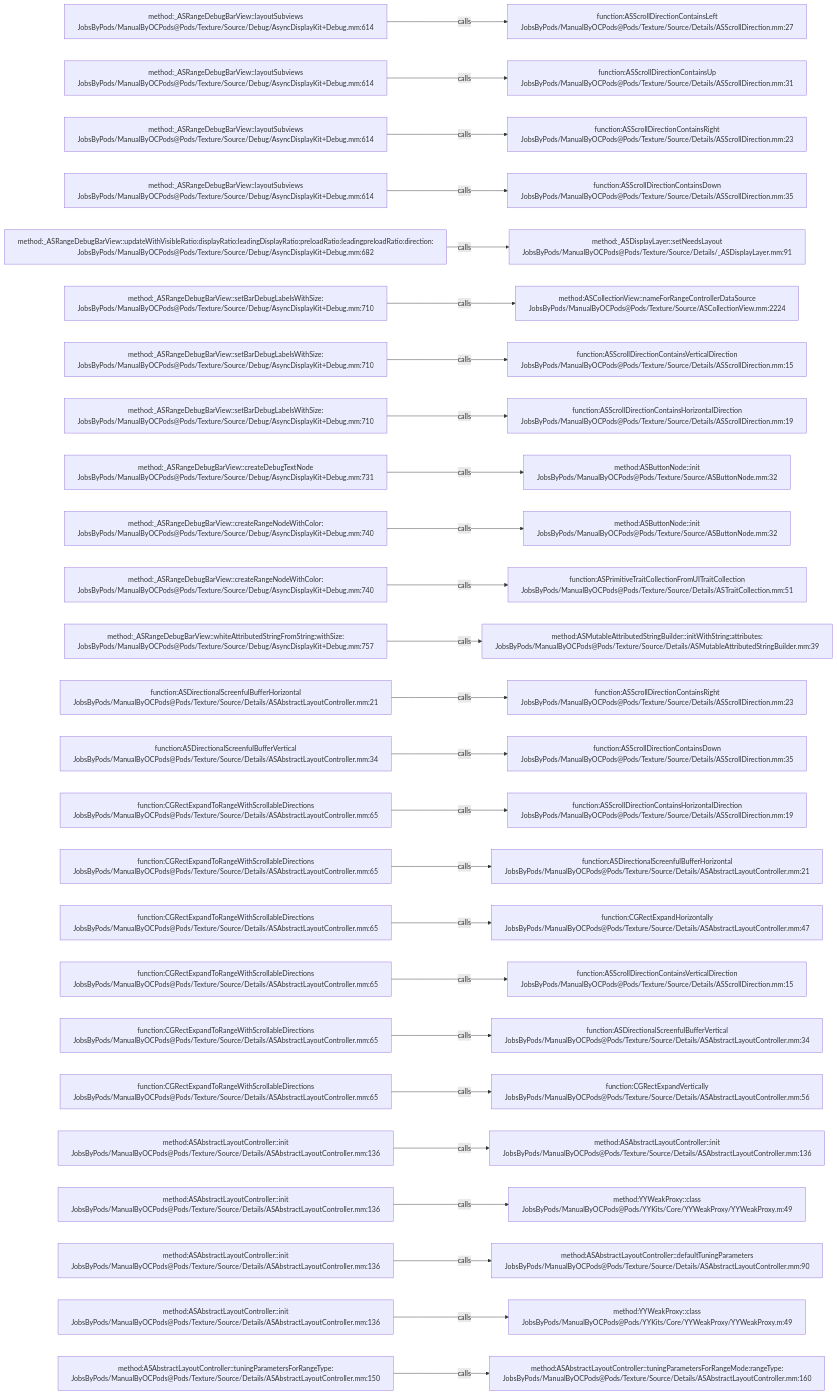
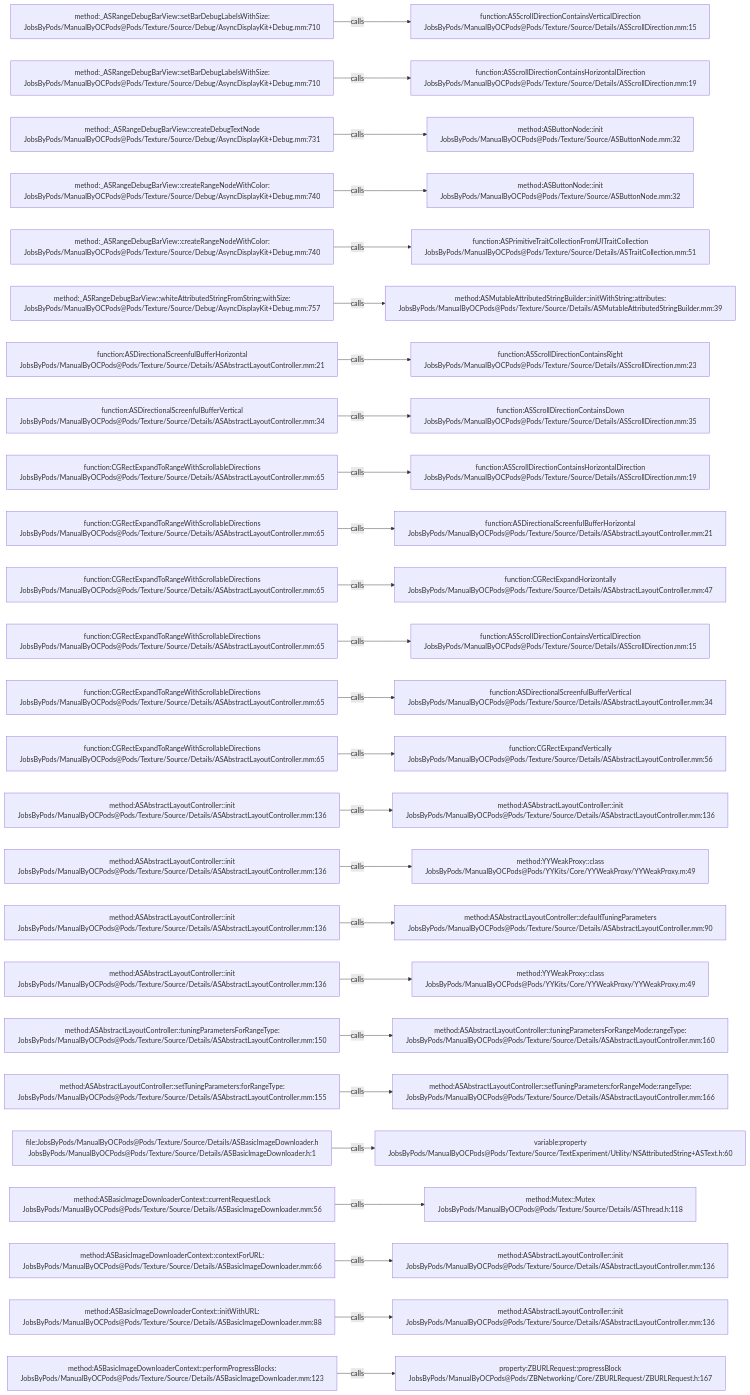
One commit to JobsKits/JobsOCBaseConfigDemo changed the diagram in .codegraph/codegraph.md/graphs/calls-142.md. Above: the diagram before and after it, drawn with Mermaid. The commit also changed 666 other files, not shown here.

````diff
--- a/.codegraph/codegraph.md/graphs/calls-142.md
+++ b/.codegraph/codegraph.md/graphs/calls-142.md
@@ -13,78 +13,78 @@
 ```mermaid
 flowchart LR
-  S1["method:_ASRangeDebugBarView::layoutSubviews<br/>JobsByPods/ManualByOCPods@Pods/Texture/Source/Debug/AsyncDisplayKit+Debug.mm:614"]
-  T1["function:ASScrollDirectionContainsLeft<br/>JobsByPods/ManualByOCPods@Pods/Texture/Source/Details/ASScrollDirection.mm:27"]
+  S1["method:_ASRangeDebugBarView::setBarDebugLabelsWithSize:<br/>JobsByPods/ManualByOCPods@Pods/Texture/Source/Debug/AsyncDisplayKit+Debug.mm:710"]
+  T1["function:ASScrollDirectionContainsVerticalDirection<br/>JobsByPods/ManualByOCPods@Pods/Texture/Source/Details/ASScrollDirection.mm:15"]
   S1 -->|calls| T1
-  S2["method:_ASRangeDebugBarView::layoutSubviews<br/>JobsByPods/ManualByOCPods@Pods/Texture/Source/Debug/AsyncDisplayKit+Debug.mm:614"]
-  T2["function:ASScrollDirectionContainsUp<br/>JobsByPods/ManualByOCPods@Pods/Texture/Source/Details/ASScrollDirection.mm:31"]
+  S2["method:_ASRangeDebugBarView::setBarDebugLabelsWithSize:<br/>JobsByPods/ManualByOCPods@Pods/Texture/Source/Debug/AsyncDisplayKit+Debug.mm:710"]
+  T2["function:ASScrollDirectionContainsHorizontalDirection<br/>JobsByPods/ManualByOCPods@Pods/Texture/Source/Details/ASScrollDirection.mm:19"]
   S2 -->|calls| T2
-  S3["method:_ASRangeDebugBarView::layoutSubviews<br/>JobsByPods/ManualByOCPods@Pods/Texture/Source/Debug/AsyncDisplayKit+Debug.mm:614"]
-  T3["function:ASScrollDirectionContainsRight<br/>JobsByPods/ManualByOCPods@Pods/Texture/Source/Details/ASScrollDirection.mm:23"]
+  S3["method:_ASRangeDebugBarView::createDebugTextNode<br/>JobsByPods/ManualByOCPods@Pods/Texture/Source/Debug/AsyncDisplayKit+Debug.mm:731"]
+  T3["method:ASButtonNode::init<br/>JobsByPods/ManualByOCPods@Pods/Texture/Source/ASButtonNode.mm:32"]
   S3 -->|calls| T3
-  S4["method:_ASRangeDebugBarView::layoutSubviews<br/>JobsByPods/ManualByOCPods@Pods/Texture/Source/Debug/AsyncDisplayKit+Debug.mm:614"]
-  T4["function:ASScrollDirectionContainsDown<br/>JobsByPods/ManualByOCPods@Pods/Texture/Source/Details/ASScrollDirection.mm:35"]
+  S4["method:_ASRangeDebugBarView::createRangeNodeWithColor:<br/>JobsByPods/ManualByOCPods@Pods/Texture/Source/Debug/AsyncDisplayKit+Debug.mm:740"]
+  T4["method:ASButtonNode::init<br/>JobsByPods/ManualByOCPods@Pods/Texture/Source/ASButtonNode.mm:32"]
   S4 -->|calls| T4
-  S5["method:_ASRangeDebugBarView::updateWithVisibleRatio:displayRatio:leadingDisplayRatio:preloadRatio:leadingpreloadRatio:direction:<br/>JobsByPods/ManualByOCPods@Pods/Texture/Source/Debug/AsyncDisplayKit+Debug.mm:682"]
-  T5["method:_ASDisplayLayer::setNeedsLayout<br/>JobsByPods/ManualByOCPods@Pods/Texture/Source/Details/_ASDisplayLayer.mm:91"]
+  S5["method:_ASRangeDebugBarView::createRangeNodeWithColor:<br/>JobsByPods/ManualByOCPods@Pods/Texture/Source/Debug/AsyncDisplayKit+Debug.mm:740"]
+  T5["function:ASPrimitiveTraitCollectionFromUITraitCollection<br/>JobsByPods/ManualByOCPods@Pods/Texture/Source/Details/ASTraitCollection.mm:51"]
   S5 -->|calls| T5
-  S6["method:_ASRangeDebugBarView::setBarDebugLabelsWithSize:<br/>JobsByPods/ManualByOCPods@Pods/Texture/Source/Debug/AsyncDisplayKit+Debug.mm:710"]
-  T6["method:ASCollectionView::nameForRangeControllerDataSource<br/>JobsByPods/ManualByOCPods@Pods/Texture/Source/ASCollectionView.mm:2224"]
+  S6["method:_ASRangeDebugBarView::whiteAttributedStringFromString:withSize:<br/>JobsByPods/ManualByOCPods@Pods/Texture/Source/Debug/AsyncDisplayKit+Debug.mm:757"]
+  T6["method:ASMutableAttributedStringBuilder::initWithString:attributes:<br/>JobsByPods/ManualByOCPods@Pods/Texture/Source/Details/ASMutableAttributedStringBuilder.mm:39"]
   S6 -->|calls| T6
-  S7["method:_ASRangeDebugBarView::setBarDebugLabelsWithSize:<br/>JobsByPods/ManualByOCPods@Pods/Texture/Source/Debug/AsyncDisplayKit+Debug.mm:710"]
-  T7["function:ASScrollDirectionContainsVerticalDirection<br/>JobsByPods/ManualByOCPods@Pods/Texture/Source/Details/ASScrollDirection.mm:15"]
+  S7["function:ASDirectionalScreenfulBufferHorizontal<br/>JobsByPods/ManualByOCPods@Pods/Texture/Source/Details/ASAbstractLayoutController.mm:21"]
+  T7["function:ASScrollDirectionContainsRight<br/>JobsByPods/ManualByOCPods@Pods/Texture/Source/Details/ASScrollDirection.mm:23"]
   S7 -->|calls| T7
-  S8["method:_ASRangeDebugBarView::setBarDebugLabelsWithSize:<br/>JobsByPods/ManualByOCPods@Pods/Texture/Source/Debug/AsyncDisplayKit+Debug.mm:710"]
-  T8["function:ASScrollDirectionContainsHorizontalDirection<br/>JobsByPods/ManualByOCPods@Pods/Texture/Source/Details/ASScrollDirection.mm:19"]
+  S8["function:ASDirectionalScreenfulBufferVertical<br/>JobsByPods/ManualByOCPods@Pods/Texture/Source/Details/ASAbstractLayoutController.mm:34"]
+  T8["function:ASScrollDirectionContainsDown<br/>JobsByPods/ManualByOCPods@Pods/Texture/Source/Details/ASScrollDirection.mm:35"]
   S8 -->|calls| T8
-  S9["method:_ASRangeDebugBarView::createDebugTextNode<br/>JobsByPods/ManualByOCPods@Pods/Texture/Source/Debug/AsyncDisplayKit+Debug.mm:731"]
-  T9["method:ASButtonNode::init<br/>JobsByPods/ManualByOCPods@Pods/Texture/Source/ASButtonNode.mm:32"]
+  S9["function:CGRectExpandToRangeWithScrollableDirections<br/>JobsByPods/ManualByOCPods@Pods/Texture/Source/Details/ASAbstractLayoutController.mm:65"]
+  T9["function:ASScrollDirectionContainsHorizontalDirection<br/>JobsByPods/ManualByOCPods@Pods/Texture/Source/Details/ASScrollDirection.mm:19"]
   S9 -->|calls| T9
-  S10["method:_ASRangeDebugBarView::createRangeNodeWithColor:<br/>JobsByPods/ManualByOCPods@Pods/Texture/Source/Debug/AsyncDisplayKit+Debug.mm:740"]
-  T10["method:ASButtonNode::init<br/>JobsByPods/ManualByOCPods@Pods/Texture/Source/ASButtonNode.mm:32"]
+  S10["function:CGRectExpandToRangeWithScrollableDirections<br/>JobsByPods/ManualByOCPods@Pods/Texture/Source/Details/ASAbstractLayoutController.mm:65"]
+  T10["function:ASDirectionalScreenfulBufferHorizontal<br/>JobsByPods/ManualByOCPods@Pods/Texture/Source/Details/ASAbstractLayoutController.mm:21"]
   S10 -->|calls| T10
-  S11["method:_ASRangeDebugBarView::createRangeNodeWithColor:<br/>JobsByPods/ManualByOCPods@Pods/Texture/Source/Debug/AsyncDisplayKit+Debug.mm:740"]
-  T11["function:ASPrimitiveTraitCollectionFromUITraitCollection<br/>JobsByPods/ManualByOCPods@Pods/Texture/Source/Details/ASTraitCollection.mm:51"]
+  S11["function:CGRectExpandToRangeWithScrollableDirections<br/>JobsByPods/ManualByOCPods@Pods/Texture/Source/Details/ASAbstractLayoutController.mm:65"]
+  T11["function:CGRectExpandHorizontally<br/>JobsByPods/ManualByOCPods@Pods/Texture/Source/Details/ASAbstractLayoutController.mm:47"]
   S11 -->|calls| T11
-  S12["method:_ASRangeDebugBarView::whiteAttributedStringFromString:withSize:<br/>JobsByPods/ManualByOCPods@Pods/Texture/Source/Debug/AsyncDisplayKit+Debug.mm:757"]
-  T12["method:ASMutableAttributedStringBuilder::initWithString:attributes:<br/>JobsByPods/ManualByOCPods@Pods/Texture/Source/Details/ASMutableAttributedStringBuilder.mm:39"]
+  S12["function:CGRectExpandToRangeWithScrollableDirections<br/>JobsByPods/ManualByOCPods@Pods/Texture/Source/Details/ASAbstractLayoutController.mm:65"]
+  T12["function:ASScrollDirectionContainsVerticalDirection<br/>JobsByPods/ManualByOCPods@Pods/Texture/Source/Details/ASScrollDirection.mm:15"]
   S12 -->|calls| T12
-  S13["function:ASDirectionalScreenfulBufferHorizontal<br/>JobsByPods/ManualByOCPods@Pods/Texture/Source/Details/ASAbstractLayoutController.mm:21"]
-  T13["function:ASScrollDirectionContainsRight<br/>JobsByPods/ManualByOCPods@Pods/Texture/Source/Details/ASScrollDirection.mm:23"]
+  S13["function:CGRectExpandToRangeWithScrollableDirections<br/>JobsByPods/ManualByOCPods@Pods/Texture/Source/Details/ASAbstractLayoutController.mm:65"]
+  T13["function:ASDirectionalScreenfulBufferVertical<br/>JobsByPods/ManualByOCPods@Pods/Texture/Source/Details/ASAbstractLayoutController.mm:34"]
   S13 -->|calls| T13
-  S14["function:ASDirectionalScreenfulBufferVertical<br/>JobsByPods/ManualByOCPods@Pods/Texture/Source/Details/ASAbstractLayoutController.mm:34"]
-  T14["function:ASScrollDirectionContainsDown<br/>JobsByPods/ManualByOCPods@Pods/Texture/Source/Details/ASScrollDirection.mm:35"]
+  S14["function:CGRectExpandToRangeWithScrollableDirections<br/>JobsByPods/ManualByOCPods@Pods/Texture/Source/Details/ASAbstractLayoutController.mm:65"]
+  T14["function:CGRectExpandVertically<br/>JobsByPods/ManualByOCPods@Pods/Texture/Source/Details/ASAbstractLayoutController.mm:56"]
   S14 -->|calls| T14
-  S15["function:CGRectExpandToRangeWithScrollableDirections<br/>JobsByPods/ManualByOCPods@Pods/Texture/Source/Details/ASAbstractLayoutController.mm:65"]
-  T15["function:ASScrollDirectionContainsHorizontalDirection<br/>JobsByPods/ManualByOCPods@Pods/Texture/Source/Details/ASScrollDirection.mm:19"]
+  S15["method:ASAbstractLayoutController::init<br/>JobsByPods/ManualByOCPods@Pods/Texture/Source/Details/ASAbstractLayoutController.mm:136"]
+  T15["method:ASAbstractLayoutController::init<br/>JobsByPods/ManualByOCPods@Pods/Texture/Source/Details/ASAbstractLayoutController.mm:136"]
   S15 -->|calls| T15
-  S16["function:CGRectExpandToRangeWithScrollableDirections<br/>JobsByPods/ManualByOCPods@Pods/Texture/Source/Details/ASAbstractLayoutController.mm:65"]
-  T16["function:ASDirectionalScreenfulBufferHorizontal<br/>JobsByPods/ManualByOCPods@Pods/Texture/Source/Details/ASAbstractLayoutController.mm:21"]
+  S16["method:ASAbstractLayoutController::init<br/>JobsByPods/ManualByOCPods@Pods/Texture/Source/Details/ASAbstractLayoutController.mm:136"]
+  T16["method:YYWeakProxy::class<br/>JobsByPods/ManualByOCPods@Pods/YYKits/Core/YYWeakProxy/YYWeakProxy.m:49"]
   S16 -->|calls| T16
-  S17["function:CGRectExpandToRangeWithScrollableDirections<br/>JobsByPods/ManualByOCPods@Pods/Texture/Source/Details/ASAbstractLayoutController.mm:65"]
-  T17["function:CGRectExpandHorizontally<br/>JobsByPods/ManualByOCPods@Pods/Texture/Source/Details/ASAbstractLayoutController.mm:47"]
+  S17["method:ASAbstractLayoutController::init<br/>JobsByPods/ManualByOCPods@Pods/Texture/Source/Details/ASAbstractLayoutController.mm:136"]
+  T17["method:ASAbstractLayoutController::defaultTuningParameters<br/>JobsByPods/ManualByOCPods@Pods/Texture/Source/Details/ASAbstractLayoutController.mm:90"]
   S17 -->|calls| T17
-  S18["function:CGRectExpandToRangeWithScrollableDirections<br/>JobsByPods/ManualByOCPods@Pods/Texture/Source/Details/ASAbstractLayoutController.mm:65"]
-  T18["function:ASScrollDirectionContainsVerticalDirection<br/>JobsByPods/ManualByOCPods@Pods/Texture/Source/Details/ASScrollDirection.mm:15"]
+  S18["method:ASAbstractLayoutController::init<br/>JobsByPods/ManualByOCPods@Pods/Texture/Source/Details/ASAbstractLayoutController.mm:136"]
+  T18["method:YYWeakProxy::class<br/>JobsByPods/ManualByOCPods@Pods/YYKits/Core/YYWeakProxy/YYWeakProxy.m:49"]
   S18 -->|calls| T18
-  S19["function:CGRectExpandToRangeWithScrollableDirections<br/>JobsByPods/ManualByOCPods@Pods/Texture/Source/Details/ASAbstractLayoutController.mm:65"]
-  T19["function:ASDirectionalScreenfulBufferVertical<br/>JobsByPods/ManualByOCPods@Pods/Texture/Source/Details/ASAbstractLayoutController.mm:34"]
+  S19["method:ASAbstractLayoutController::tuningParametersForRangeType:<br/>JobsByPods/ManualByOCPods@Pods/Texture/Source/Details/ASAbstractLayoutController.mm:150"]
+  T19["method:ASAbstractLayoutController::tuningParametersForRangeMode:rangeType:<br/>JobsByPods/ManualByOCPods@Pods/Texture/Source/Details/ASAbstractLayoutController.mm:160"]
   S19 -->|calls| T19
-  S20["function:CGRectExpandToRangeWithScrollableDirections<br/>JobsByPods/ManualByOCPods@Pods/Texture/Source/Details/ASAbstractLayoutController.mm:65"]
-  T20["function:CGRectExpandVertically<br/>JobsByPods/ManualByOCPods@Pods/Texture/Source/Details/ASAbstractLayoutController.mm:56"]
+  S20["method:ASAbstractLayoutController::setTuningParameters:forRangeType:<br/>JobsByPods/ManualByOCPods@Pods/Texture/Source/Details/ASAbstractLayoutController.mm:155"]
+  T20["method:ASAbstractLayoutController::setTuningParameters:forRangeMode:rangeType:<br/>JobsByPods/ManualByOCPods@Pods/Texture/Source/Details/ASAbstractLayoutController.mm:166"]
   S20 -->|calls| T20
-  S21["method:ASAbstractLayoutController::init<br/>JobsByPods/ManualByOCPods@Pods/Texture/Source/Details/ASAbstractLayoutController.mm:136"]
-  T21["method:ASAbstractLayoutController::init<br/>JobsByPods/ManualByOCPods@Pods/Texture/Source/Details/ASAbstractLayoutController.mm:136"]
+  S21["file:JobsByPods/ManualByOCPods@Pods/Texture/Source/Details/ASBasicImageDownloader.h<br/>JobsByPods/ManualByOCPods@Pods/Texture/Source/Details/ASBasicImageDownloader.h:1"]
+  T21["variable:property<br/>JobsByPods/ManualByOCPods@Pods/Texture/Source/TextExperiment/Utility/NSAttributedString+ASText.h:60"]
   S21 -->|calls| T21
-  S22["method:ASAbstractLayoutController::init<br/>JobsByPods/ManualByOCPods@Pods/Texture/Source/Details/ASAbstractLayoutController.mm:136"]
-  T22["method:YYWeakProxy::class<br/>JobsByPods/ManualByOCPods@Pods/YYKits/Core/YYWeakProxy/YYWeakProxy.m:49"]
+  S22["method:ASBasicImageDownloaderContext::currentRequestLock<br/>JobsByPods/ManualByOCPods@Pods/Texture/Source/Details/ASBasicImageDownloader.mm:56"]
+  T22["method:Mutex::Mutex<br/>JobsByPods/ManualByOCPods@Pods/Texture/Source/Details/ASThread.h:118"]
   S22 -->|calls| T22
-  S23["method:ASAbstractLayoutController::init<br/>JobsByPods/ManualByOCPods@Pods/Texture/Source/Details/ASAbstractLayoutController.mm:136"]
-  T23["method:ASAbstractLayoutController::defaultTuningParameters<br/>JobsByPods/ManualByOCPods@Pods/Texture/Source/Details/ASAbstractLayoutController.mm:90"]
+  S23["method:ASBasicImageDownloaderContext::contextForURL:<br/>JobsByPods/ManualByOCPods@Pods/Texture/Source/Details/ASBasicImageDownloader.mm:66"]
+  T23["method:ASAbstractLayoutController::init<br/>JobsByPods/ManualByOCPods@Pods/Texture/Source/Details/ASAbstractLayoutController.mm:136"]
   S23 -->|calls| T23
-  S24["method:ASAbstractLayoutController::init<br/>JobsByPods/ManualByOCPods@Pods/Texture/Source/Details/ASAbstractLayoutController.mm:136"]
-  T24["method:YYWeakProxy::class<br/>JobsByPods/ManualByOCPods@Pods/YYKits/Core/YYWeakProxy/YYWeakProxy.m:49"]
+  S24["method:ASBasicImageDownloaderContext::initWithURL:<br/>JobsByPods/ManualByOCPods@Pods/Texture/Source/Details/ASBasicImageDownloader.mm:88"]
+  T24["method:ASAbstractLayoutController::init<br/>JobsByPods/ManualByOCPods@Pods/Texture/Source/Details/ASAbstractLayoutController.mm:136"]
   S24 -->|calls| T24
-  S25["method:ASAbstractLayoutController::tuningParametersForRangeType:<br/>JobsByPods/ManualByOCPods@Pods/Texture/Source/Details/ASAbstractLayoutController.mm:150"]
-  T25["method:ASAbstractLayoutController::tuningParametersForRangeMode:rangeType:<br/>JobsByPods/ManualByOCPods@Pods/Texture/Source/Details/ASAbstractLayoutController.mm:160"]
+  S25["method:ASBasicImageDownloaderContext::performProgressBlocks:<br/>JobsByPods/ManualByOCPods@Pods/Texture/Source/Details/ASBasicImageDownloader.mm:123"]
+  T25["property:ZBURLRequest::progressBlock<br/>JobsByPods/ManualByOCPods@Pods/ZBNetworking/Core/ZBURLRequest/ZBURLRequest.h:167"]
   S25 -->|calls| T25
 ```
````
